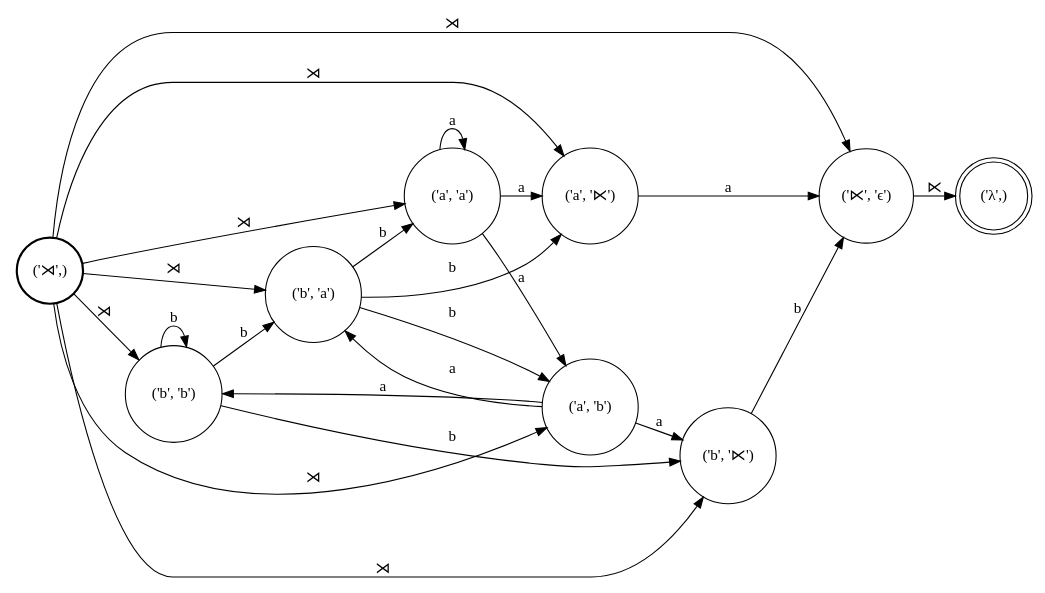
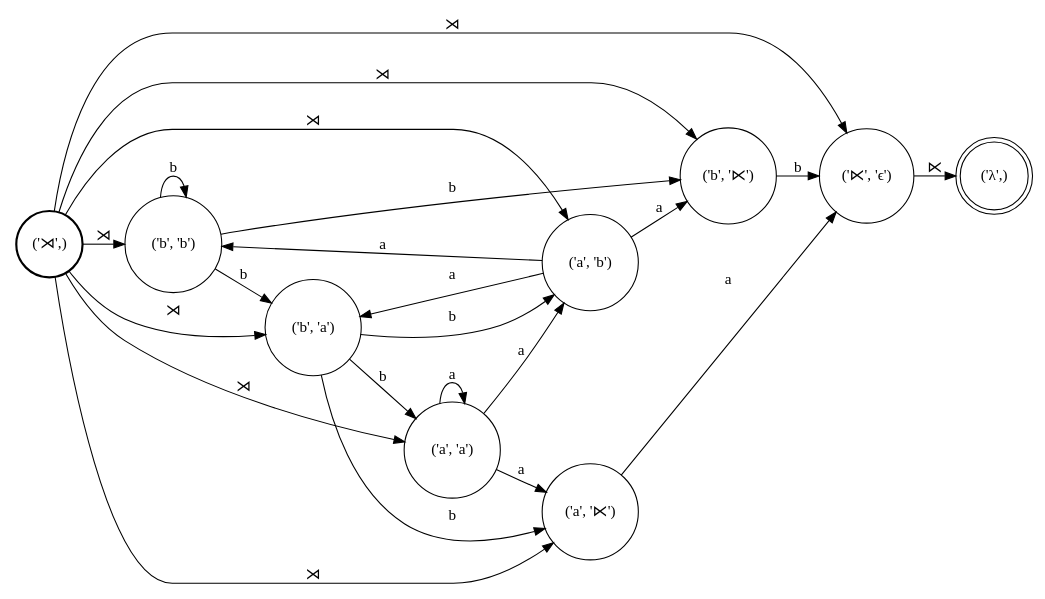
One commit to colincwilson/wynini changed the diagram in demo/R.dot. Above: the diagram before and after it, drawn with Graphviz. The commit also changed 10 other files, not shown here.

```diff
--- a/demo/R.dot
+++ b/demo/R.dot
@@ -1,39 +1,39 @@
 digraph FST {
 rankdir = LR;
 size = "8.5,11";
 center = 1;
 orientation = Portrait;
 ranksep = "0.4";
 nodesep = "0.25";
 8 [label = "('⋊',)", shape = circle, style = bold, fontsize = 14]
+	8 -> 5 [label = "⋊", fontsize = 14];
+	8 -> 4 [label = "⋊", fontsize = 14];
+	8 -> 6 [label = "⋊", fontsize = 14];
+	8 -> 3 [label = "⋊", fontsize = 14];
+	8 -> 7 [label = "⋊", fontsize = 14];
+	8 -> 2 [label = "⋊", fontsize = 14];
 	8 -> 1 [label = "⋊", fontsize = 14];
-	8 -> 3 [label = "⋊", fontsize = 14];
-	8 -> 6 [label = "⋊", fontsize = 14];
-	8 -> 4 [label = "⋊", fontsize = 14];
-	8 -> 7 [label = "⋊", fontsize = 14];
-	8 -> 5 [label = "⋊", fontsize = 14];
-	8 -> 2 [label = "⋊", fontsize = 14];
 0 [label = "('λ',)", shape = doublecircle, style = solid, fontsize = 14]
 1 [label = "('⋉', 'ϵ')", shape = circle, style = solid, fontsize = 14]
 	1 -> 0 [label = "⋉", fontsize = 14];
-2 [label = "('b', '⋉')", shape = circle, style = solid, fontsize = 14]
-	2 -> 1 [label = "b", fontsize = 14];
-3 [label = "('a', '⋉')", shape = circle, style = solid, fontsize = 14]
-	3 -> 1 [label = "a", fontsize = 14];
-4 [label = "('b', 'a')", shape = circle, style = solid, fontsize = 14]
-	4 -> 3 [label = "b", fontsize = 14];
-	4 -> 7 [label = "b", fontsize = 14];
-	4 -> 5 [label = "b", fontsize = 14];
-5 [label = "('a', 'a')", shape = circle, style = solid, fontsize = 14]
-	5 -> 3 [label = "a", fontsize = 14];
-	5 -> 7 [label = "a", fontsize = 14];
-	5 -> 5 [label = "a", fontsize = 14];
-6 [label = "('b', 'b')", shape = circle, style = solid, fontsize = 14]
-	6 -> 2 [label = "b", fontsize = 14];
-	6 -> 4 [label = "b", fontsize = 14];
-	6 -> 6 [label = "b", fontsize = 14];
-7 [label = "('a', 'b')", shape = circle, style = solid, fontsize = 14]
-	7 -> 2 [label = "a", fontsize = 14];
-	7 -> 4 [label = "a", fontsize = 14];
-	7 -> 6 [label = "a", fontsize = 14];
+2 [label = "('a', '⋉')", shape = circle, style = solid, fontsize = 14]
+	2 -> 1 [label = "a", fontsize = 14];
+3 [label = "('b', '⋉')", shape = circle, style = solid, fontsize = 14]
+	3 -> 1 [label = "b", fontsize = 14];
+4 [label = "('a', 'b')", shape = circle, style = solid, fontsize = 14]
+	4 -> 3 [label = "a", fontsize = 14];
+	4 -> 7 [label = "a", fontsize = 14];
+	4 -> 5 [label = "a", fontsize = 14];
+5 [label = "('b', 'b')", shape = circle, style = solid, fontsize = 14]
+	5 -> 3 [label = "b", fontsize = 14];
+	5 -> 7 [label = "b", fontsize = 14];
+	5 -> 5 [label = "b", fontsize = 14];
+6 [label = "('a', 'a')", shape = circle, style = solid, fontsize = 14]
+	6 -> 2 [label = "a", fontsize = 14];
+	6 -> 6 [label = "a", fontsize = 14];
+	6 -> 4 [label = "a", fontsize = 14];
+7 [label = "('b', 'a')", shape = circle, style = solid, fontsize = 14]
+	7 -> 2 [label = "b", fontsize = 14];
+	7 -> 6 [label = "b", fontsize = 14];
+	7 -> 4 [label = "b", fontsize = 14];
 }
```
